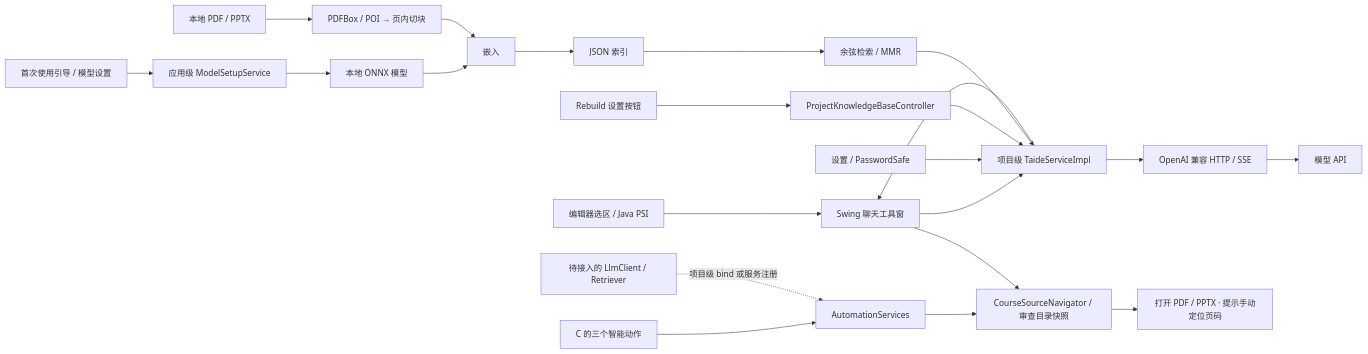
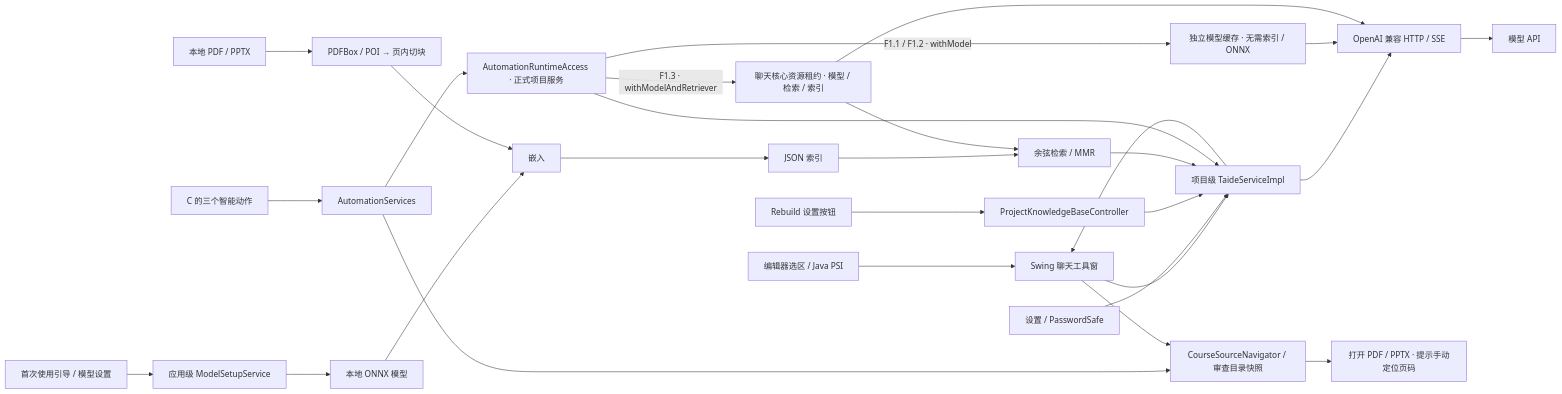
One commit to Keith-hq/taide changed the diagram in README.md. Above: the diagram before and after it, drawn with Mermaid. The commit also changed other lines of this file and 9 other files, not shown here.

````diff
--- a/README.md
+++ b/README.md
@@ -94,18 +94,22 @@
 ```mermaid
 flowchart LR
     UI["Swing 聊天工具窗"] --> SVC["项目级 TaideServiceImpl"]
     CTX["编辑器选区 / Java PSI"] --> UI
     SETTINGS["设置 / PasswordSafe"] --> SVC
     SETUP["首次使用引导 / 模型设置"] --> MODELSETUP["应用级 ModelSetupService"] --> MODEL
     REBUILD["Rebuild 设置按钮"] --> ADAPTER["ProjectKnowledgeBaseController"] --> SVC
     MAT["本地 PDF / PPTX"] --> ING["PDFBox / POI → 页内切块"]
     MODEL["本地 ONNX 模型"] --> EMB["嵌入"]
     ING --> EMB --> IDX["JSON 索引"] --> RET["余弦检索 / MMR"]
     RET --> SVC --> LLM["OpenAI 兼容 HTTP / SSE"] --> API["模型 API"]
     SVC --> UI
     ACT["C 的三个智能动作"] --> AUTO["AutomationServices"]
-    BIND["待接入的 LlmClient / Retriever"] -. "项目级 bind 或服务注册" .-> AUTO
+    AUTO --> ACCESS["AutomationRuntimeAccess · 正式项目服务"] --> SVC
+    ACCESS -- "F1.1 / F1.2 · withModel" --> MODELONLY["独立模型缓存 · 无需索引 / ONNX"] --> LLM
+    ACCESS -- "F1.3 · withModelAndRetriever" --> CORE["聊天核心资源租约 · 模型 / 检索 / 索引"]
+    CORE --> RET
+    CORE --> LLM
     AUTO --> NAV["CourseSourceNavigator / 审查目录快照"]
     UI --> NAV
     NAV --> FILE["打开 PDF / PPTX · 提示手动定位页码"]
 ```
````
